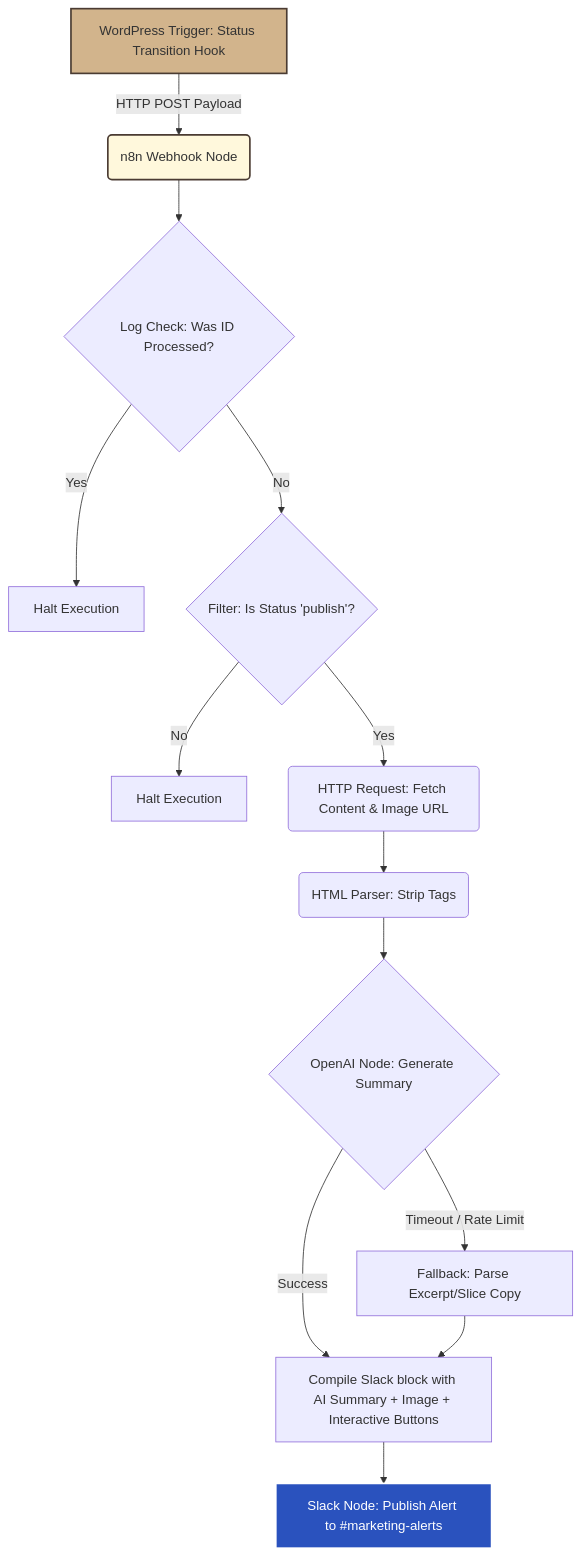
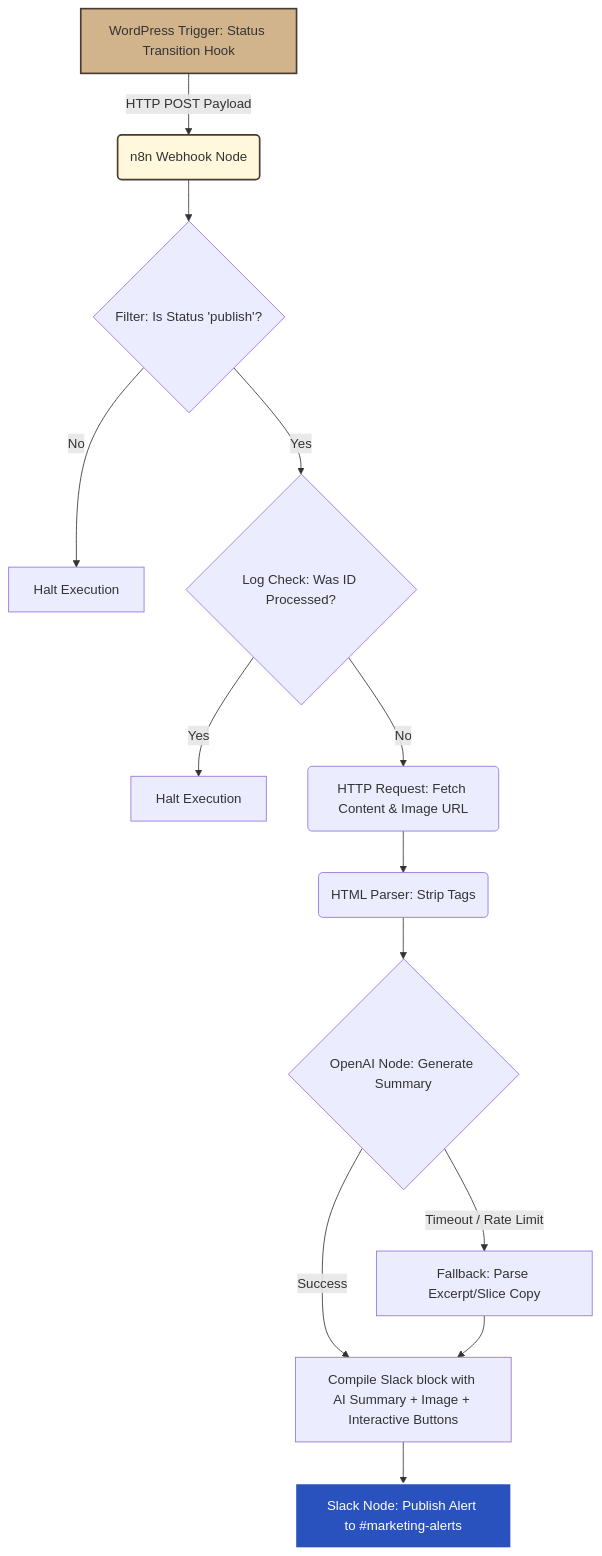
One commit to BENYEKHLEF-Anouar/rmd-test-anouar-benyekhlef changed the diagram in 04-ai-automations/submission/automation-sketch.md. Above: the diagram before and after it, drawn with Mermaid. The commit also changed other lines of this file, not shown here.

Commit message:
feat: update automation sketch for WordPress-to-Slack AI summarization workflow

````diff
--- a/04-ai-automations/submission/automation-sketch.md
+++ b/04-ai-automations/submission/automation-sketch.md
@@ -33,29 +33,29 @@
 ```mermaid
 graph TD
     A[WordPress Trigger: Status Transition Hook] -->|HTTP POST Payload| B(n8n Webhook Node)
-    B --> C{Log Check: Was ID Processed?}
+    B --> C{Filter: Is Status 'publish'?}
+    
+    %% Filter Branching
+    C -->|No| D[Halt Execution]
+    C -->|Yes| E{Log Check: Was ID Processed?}
     
     %% Log Check Branching
-    C -->|Yes| D[Halt Execution]
-    C -->|No| E{Filter: Is Status 'publish'?}
-    
-    %% Filter Branching
-    E -->|No| F[Halt Execution]
-    E -->|Yes| G(HTTP Request: Fetch Content & Image URL)
+    E -->|Yes| F[Halt Execution]
+    E -->|No| G(HTTP Request: Fetch Content & Image URL)
     
     G --> H(HTML Parser: Strip Tags)
     H --> I{OpenAI Node: Generate Summary}
     
     %% AI Success Path
     I -->|Success| J[Compile Slack block with AI Summary + Image + Interactive Buttons]
     
     %% AI Error Path
     I -->|Timeout / Rate Limit| K[Fallback: Parse Excerpt/Slice Copy]
     K --> J
     
     J --> L[Slack Node: Publish Alert to #marketing-alerts]
     
     style A fill:#D2B48C,stroke:#4a3b32,stroke-width:2px;
     style B fill:#FFF8DC,stroke:#4a3b32,stroke-width:2px;
     style L fill:#2A52BE,stroke:#FFF,stroke-width:2px,color:#fff;
 ```
````
